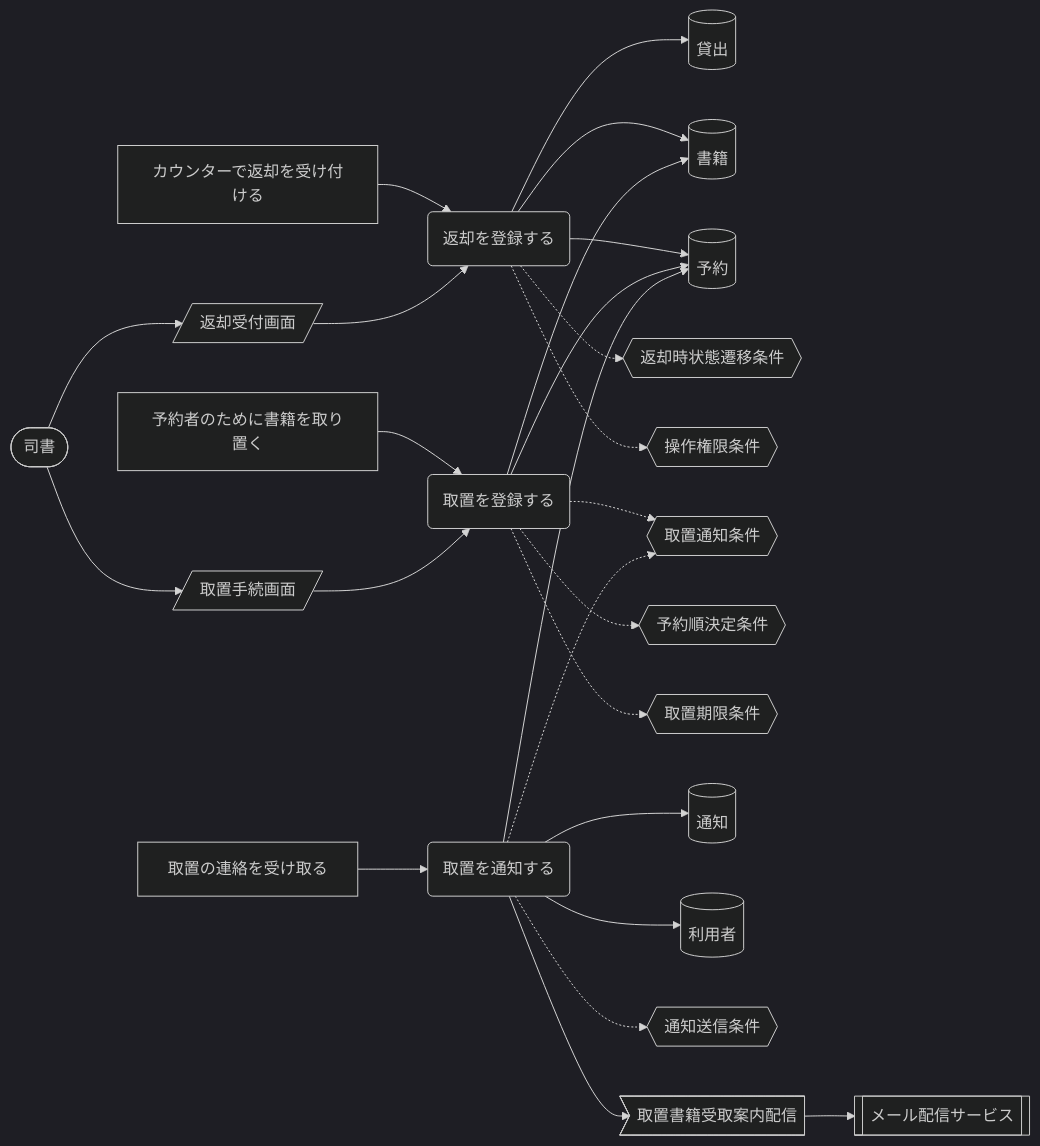
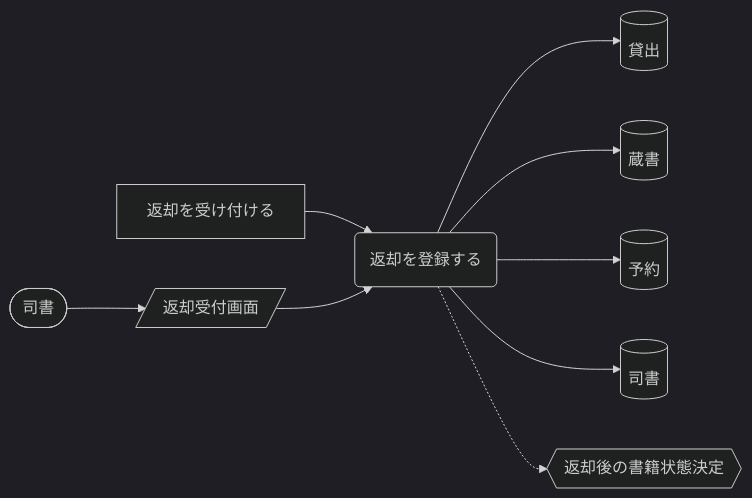
The fifth of 11 diagrams in samples/distillery2/library-loan/docs/requirements/rdra/views/04_UC複合図.md (suwa-sh/suwa-sh-claude-plugins), drawn with Mermaid (dark theme) before and after one commit. The commit also changed other lines of this file and 249 other files, not shown here.

````diff
--- a/samples/distillery2/library-loan/docs/requirements/rdra/views/04_UC複合図.md
+++ b/samples/distillery2/library-loan/docs/requirements/rdra/views/04_UC複合図.md
@@ -221,49 +195,20 @@
 ```mermaid
 graph LR
   UC1("返却を登録する")
-  AT1["カウンターで返却を受け付ける"]
+  AT1["返却を受け付ける"]
   IF1[("貸出")]
-  IF2[("書籍")]
+  IF2[("蔵書")]
   IF3[("予約")]
-  CD1{{"返却時状態遷移条件"}}
-  CD2{{"操作権限条件"}}
+  IF4[("司書")]
+  CD1{{"返却後の書籍状態決定"}}
   SC1[/"返却受付画面"/]
   AC1(["司書"])
-  UC2("取置を登録する")
-  AT2["予約者のために書籍を取り置く"]
-  CD3{{"取置通知条件"}}
-  CD4{{"予約順決定条件"}}
-  CD5{{"取置期限条件"}}
-  SC2[/"取置手続画面"/]
-  UC3("取置を通知する")
-  AT3["取置の連絡を受け取る"]
-  IF4[("通知")]
-  IF5[("利用者")]
-  CD6{{"通知送信条件"}}
-  EV1>"取置書籍受取案内配信"]
-  EX1[["メール配信サービス"]]
   AT1 --> UC1
   UC1 --> IF1
   UC1 --> IF2
   UC1 --> IF3
+  UC1 --> IF4
   UC1 -.-> CD1
-  UC1 -.-> CD2
   AC1 --> SC1
   SC1 --> UC1
-  AT2 --> UC2
-  UC2 --> IF3
-  UC2 --> IF2
-  UC2 -.-> CD3
-  UC2 -.-> CD4
-  UC2 -.-> CD5
-  AC1 --> SC2
-  SC2 --> UC2
-  AT3 --> UC3
-  UC3 --> IF4
-  UC3 --> IF3
-  UC3 --> IF5
-  UC3 -.-> CD3
-  UC3 -.-> CD6
-  UC3 --> EV1
-  EV1 --> EX1
 ```
````
